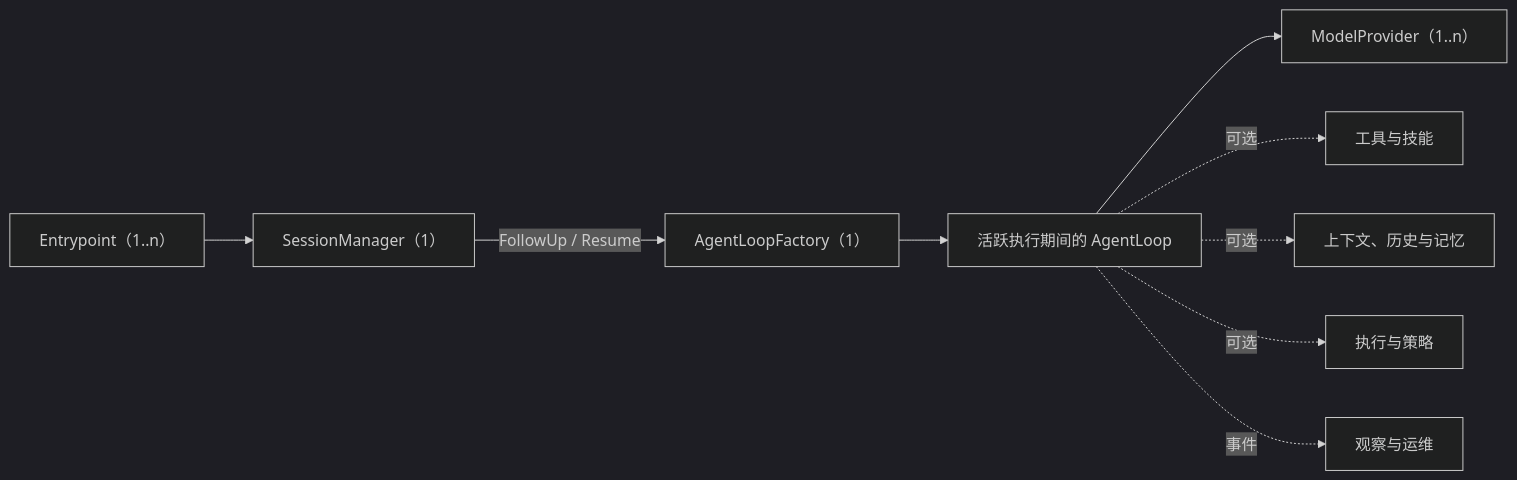
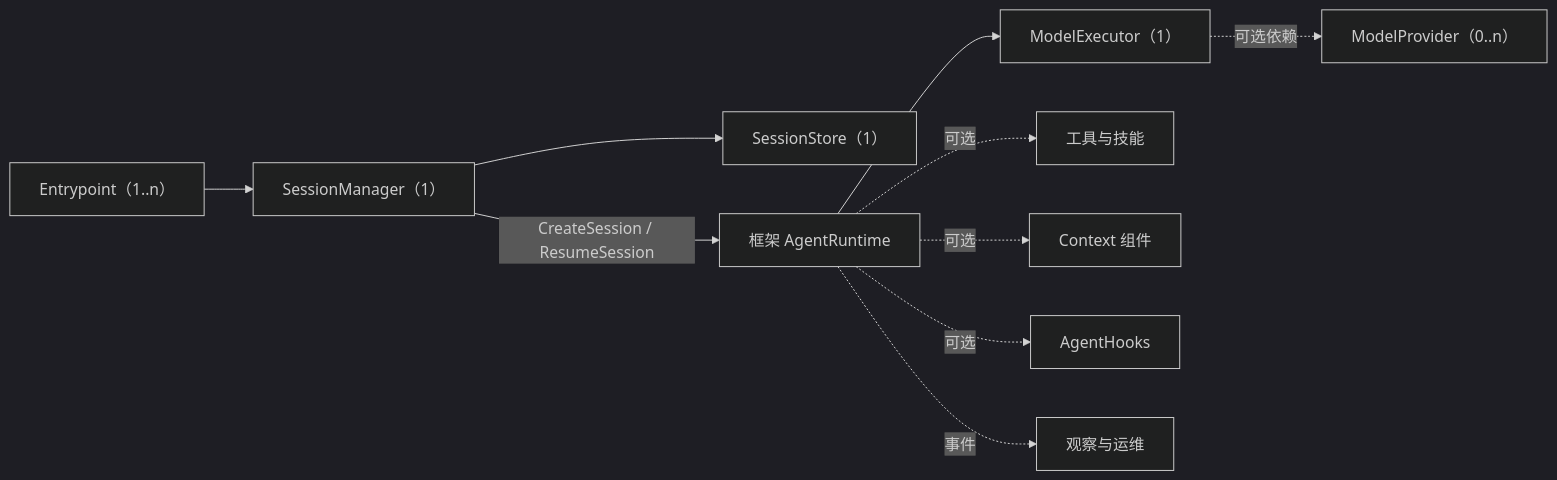
The diagram in COMPONENT_MAP.zh-CN.md (LyleLiu666/agentSlot), drawn with Mermaid (dark theme) before and after one commit. The commit also changed other lines of this file and 7 other files, not shown here.

````diff
--- a/COMPONENT_MAP.zh-CN.md
+++ b/COMPONENT_MAP.zh-CN.md
@@ -65,11 +68,12 @@
 ```mermaid
 flowchart LR
-    E["Entrypoint（1..n）"] --> S["SessionManager（1）"]
-    S -->|"FollowUp / Resume"| F["AgentLoopFactory（1）"]
-    F --> L["活跃执行期间的 AgentLoop"]
-    L --> M["ModelProvider（1..n）"]
-    L -. "可选" .-> T["工具与技能"]
-    L -. "可选" .-> C["上下文、历史与记忆"]
-    L -. "可选" .-> X["执行与策略"]
-    L -. "事件" .-> O["观察与运维"]
+    E["Entrypoint（1..n）"] --> SM["SessionManager（1）"]
+    SM --> SS["SessionStore（1）"]
+    SM -->|"CreateSession / ResumeSession"| R["框架 AgentRuntime"]
+    R --> ME["ModelExecutor（1）"]
+    ME -. "可选依赖" .-> MP["ModelProvider（0..n）"]
+    R -. "可选" .-> T["工具与技能"]
+    R -. "可选" .-> C["Context 组件"]
+    R -. "可选" .-> H["AgentHooks"]
+    R -. "事件" .-> O["观察与运维"]
 ```
````
